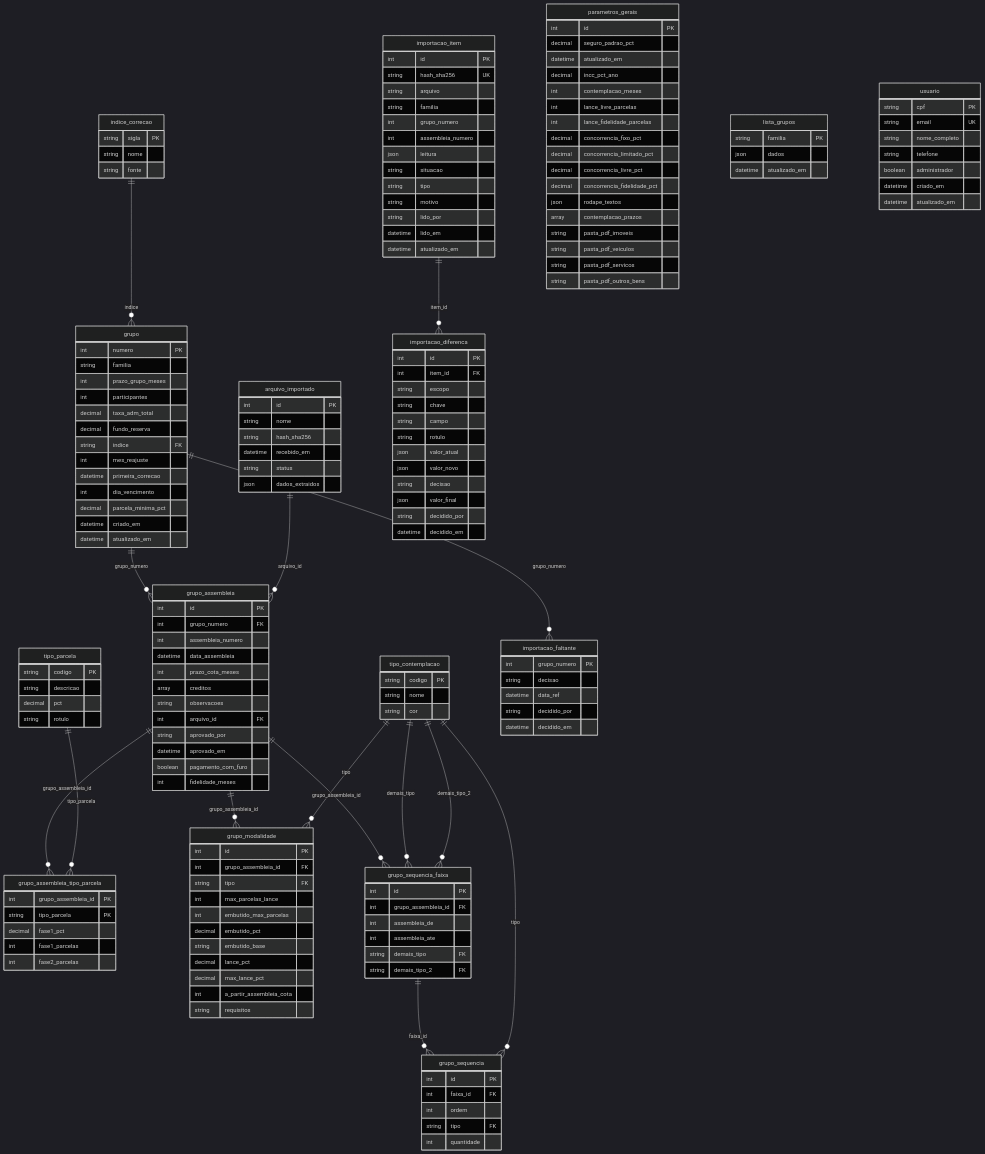
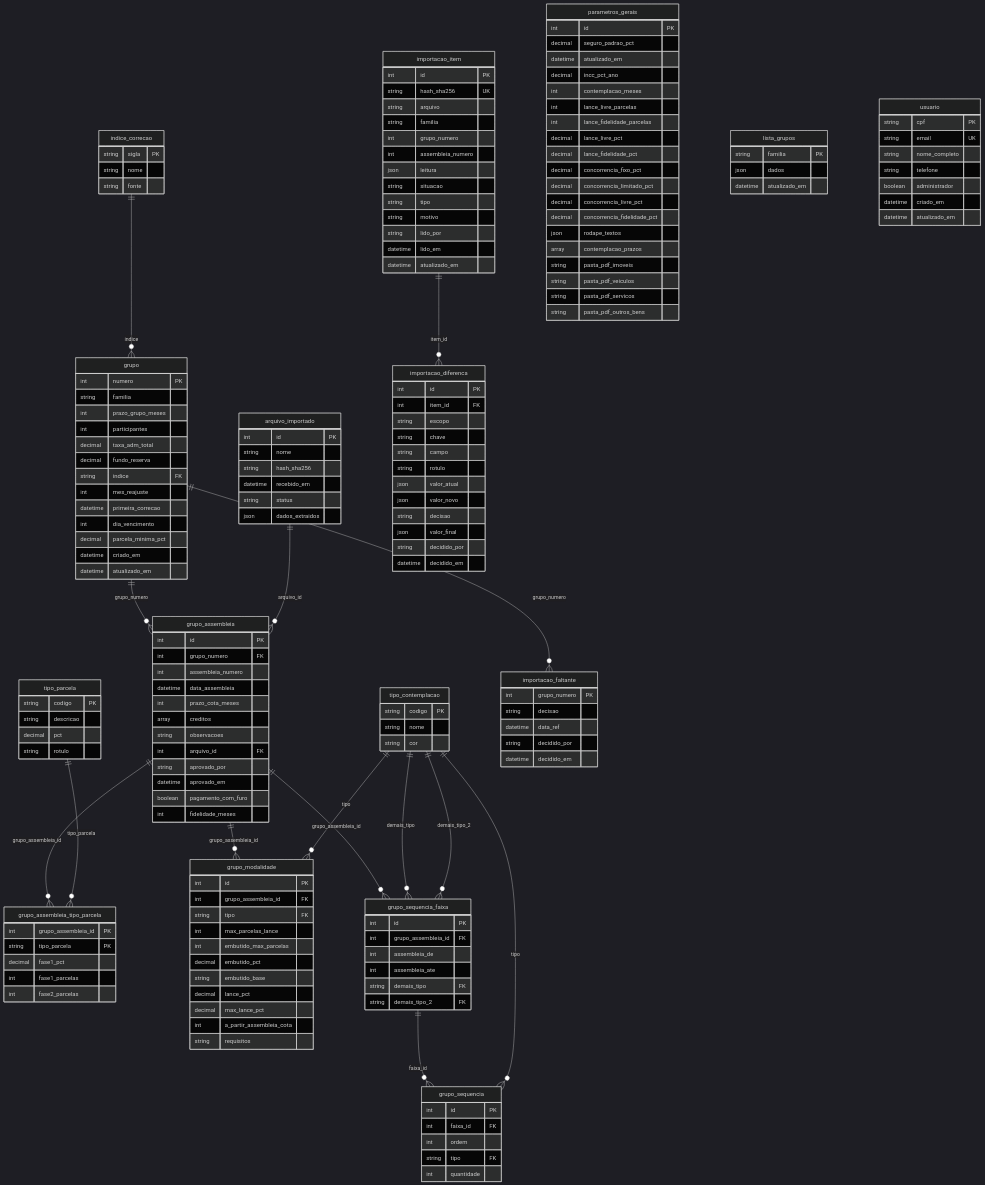
Before and after one commit to vladimic/dinastia: the diagram in docs/modelo-de-dados.md, drawn with Mermaid (dark theme). The commit also changed other lines of this file and 17 other files, not shown here.

```diff
--- a/docs/modelo-de-dados.md
+++ b/docs/modelo-de-dados.md
@@ -34,6 +34,8 @@
     int contemplacao_meses
     int lance_livre_parcelas
     int lance_fidelidade_parcelas
+    decimal lance_livre_pct
+    decimal lance_fidelidade_pct
     decimal concorrencia_fixo_pct
     decimal concorrencia_limitado_pct
     decimal concorrencia_livre_pct
```
